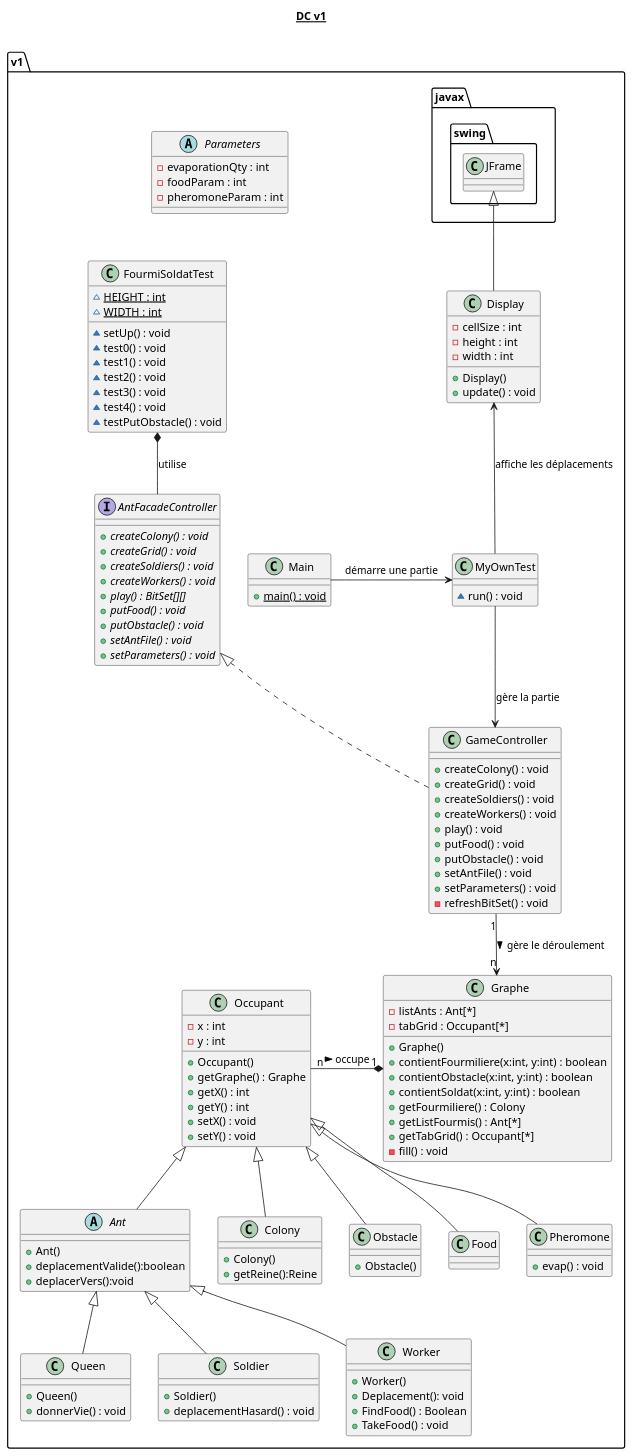
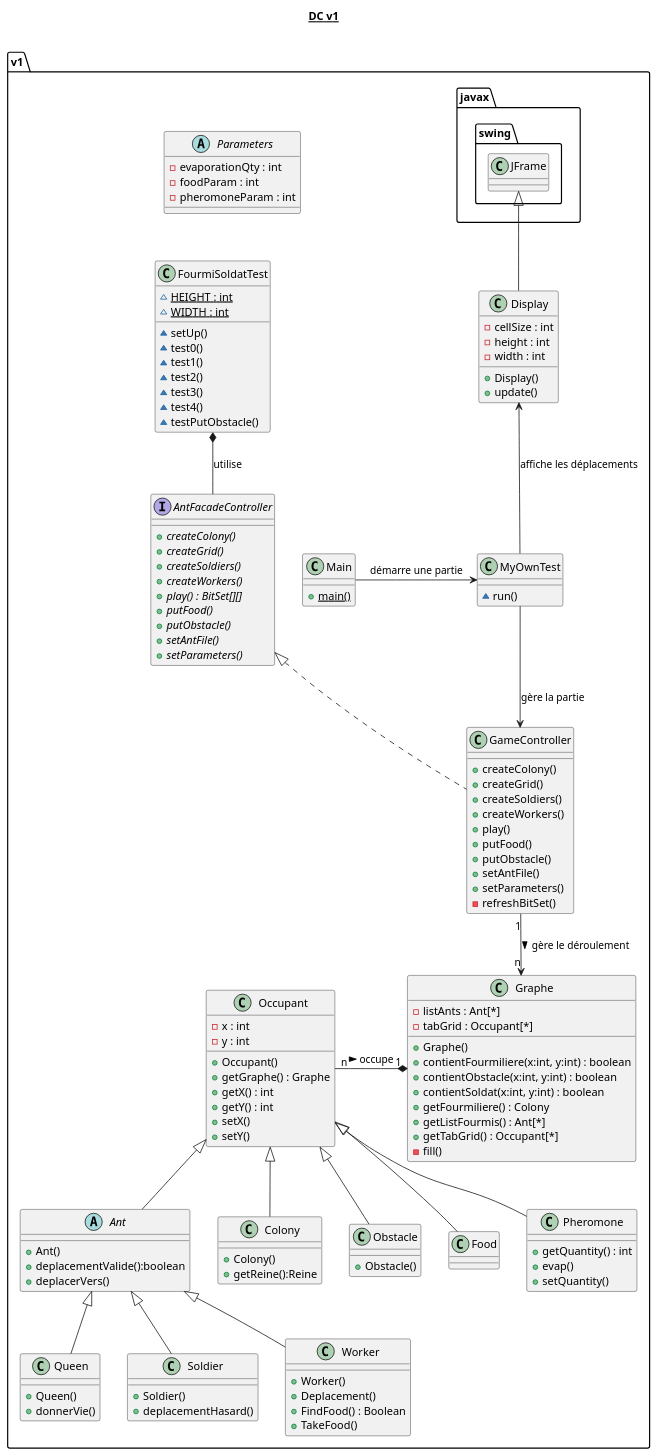
One commit to BaptisteWetterwald/dut-fourmis changed the diagram in src/main/uml/DC_V2.puml. Above: the diagram before and after it, drawn with PlantUML.

```diff
--- a/src/main/uml/DC_V2.puml
+++ b/src/main/uml/DC_V2.puml
@@ -1,154 +1,156 @@
 @startuml
 
 title __DC v1__\n
 
 namespace v1 {
 
     abstract class Ant extends Occupant
     {
         + Ant()
         + deplacementValide():boolean
-        + deplacerVers():void
+        + deplacerVers()
     }
 
     interface AntFacadeController
     {
-        {abstract} + createColony() : void
-        {abstract} + createGrid() : void
-        {abstract} + createSoldiers() : void
-        {abstract} + createWorkers() : void
+        {abstract} + createColony()
+        {abstract} + createGrid()
+        {abstract} + createSoldiers()
+        {abstract} + createWorkers()
         {abstract} + play() : BitSet[][]
-        {abstract} + putFood() : void
-        {abstract} + putObstacle() : void
-        {abstract} + setAntFile() : void
-        {abstract} + setParameters() : void
+        {abstract} + putFood()
+        {abstract} + putObstacle()
+        {abstract} + setAntFile()
+        {abstract} + setParameters()
     }
 
     class Colony extends Occupant
     {
         + Colony()
         + getReine():Reine
     }
 
 
     class Display extends javax.swing.JFrame
     {
         - cellSize : int
         - height : int
         - width : int
         + Display()
-        + update() : void
+        + update()
     }
 
     class FourmiSoldatTest
     {
         {static} ~ HEIGHT : int
         {static} ~ WIDTH : int
-        ~ setUp() : void
-        ~ test0() : void
-        ~ test1() : void
-        ~ test2() : void
-        ~ test3() : void
-        ~ test4() : void
-        ~ testPutObstacle() : void
+        ~ setUp()
+        ~ test0()
+        ~ test1()
+        ~ test2()
+        ~ test3()
+        ~ test4()
+        ~ testPutObstacle()
     }
 
     class GameController implements AntFacadeController
     {
-        + createColony() : void
-        + createGrid() : void
-        + createSoldiers() : void
-        + createWorkers() : void
-        + play() : void
-        + putFood() : void
-        + putObstacle() : void
-        + setAntFile() : void
-        + setParameters() : void
-        - refreshBitSet() : void
+        + createColony()
+        + createGrid()
+        + createSoldiers()
+        + createWorkers()
+        + play()
+        + putFood()
+        + putObstacle()
+        + setAntFile()
+        + setParameters()
+        - refreshBitSet()
     }
 
     class Graphe
     {
         - listAnts : Ant[*]
         - tabGrid : Occupant[*]
         + Graphe()
         + contientFourmiliere(x:int, y:int) : boolean
         + contientObstacle(x:int, y:int) : boolean
         + contientSoldat(x:int, y:int) : boolean
         + getFourmiliere() : Colony
         + getListFourmis() : Ant[*]
         + getTabGrid() : Occupant[*]
-        - fill() : void
+        - fill()
     }
 
     class Main
     {
-        {static} + main() : void
+        {static} + main()
     }
 
     class MyOwnTest
     {
-        ~ run() : void
+        ~ run()
     }
 
     class Obstacle extends Occupant
     {
         + Obstacle()
     }
 
     class Occupant
     {
         - x : int
         - y : int
         + Occupant()
         + getGraphe() : Graphe
         + getX() : int
         + getY() : int
-        + setX() : void
-        + setY() : void
+        + setX()
+        + setY()
     }
 
     class Queen extends Ant
     {
         + Queen()
-        + donnerVie() : void
+        + donnerVie()
     }
 
     class Soldier extends Ant
     {
         + Soldier()
-        + deplacementHasard() : void
+        + deplacementHasard()
     }
 
     class Food extends Occupant
     {
 
     }
 
     class Pheromone extends Occupant
     {
-        + evap() : void
+        + getQuantity() : int
+        + evap()
+        + setQuantity()
     }
 
     class Worker extends Ant
     {
         + Worker()
-        + Deplacement(): void
+        + Deplacement()
         + FindFood() : Boolean
-        + TakeFood() : void
+        + TakeFood()
     }
 
     abstract class Parameters
     {
         - evaporationQty : int
         - foodParam : int
         - pheromoneParam : int
     }
     Main -> MyOwnTest : démarre une partie
     MyOwnTest -up-> Display : affiche les déplacements
     MyOwnTest --> GameController : gère la partie
     FourmiSoldatTest *-- AntFacadeController : utilise
     GameController "1" --> "n" Graphe : gère le déroulement >
     Occupant "n" -* "1" Graphe : occupe >
 }
 @enduml
```
